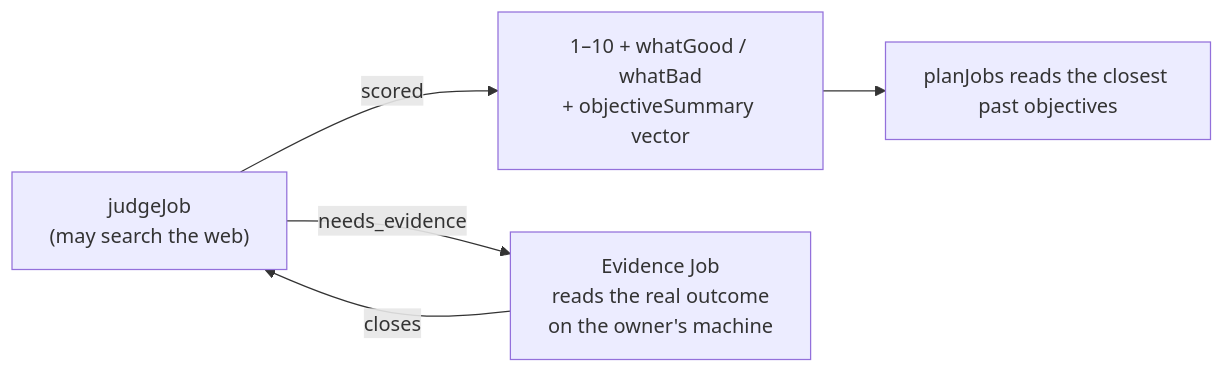
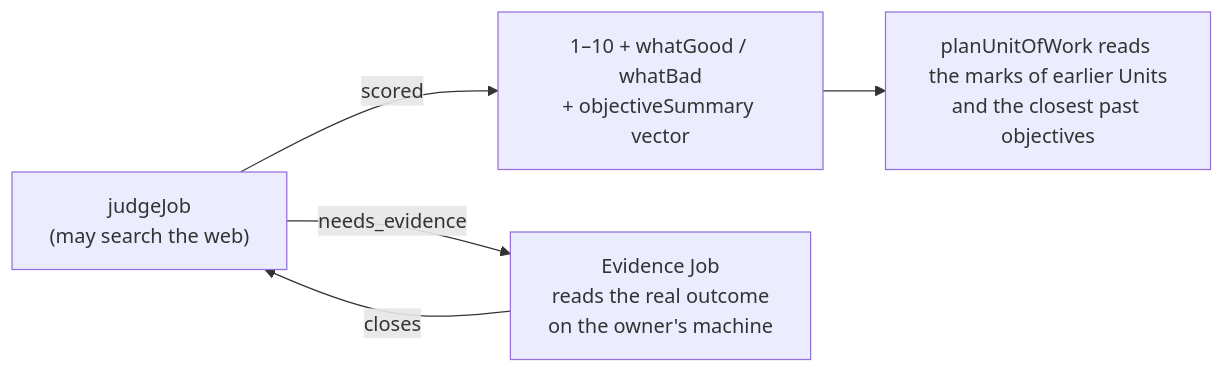
The third of 5 diagrams in packages/backend/src/reasoning/tech-spec.md (BaraaSoft/agentcores), drawn with Mermaid before and after one commit. The commit also changed other lines of this file and 69 other files, not shown here.

````diff
--- a/packages/backend/src/reasoning/tech-spec.md
+++ b/packages/backend/src/reasoning/tech-spec.md
@@ -220,7 +218,7 @@
 ```mermaid
 flowchart LR
-    Judge["judgeJob<br/>(may search the web)"] -->|scored| Store["1–10 + whatGood / whatBad<br/>+ objectiveSummary vector"]
-    Judge -->|needs_evidence| Errand["Evidence Job<br/>reads the real outcome<br/>on the owner's machine"]
-    Errand -->|closes| Judge
-    Store --> Planner["planJobs reads the closest past objectives"]
+    Evaluate["judgeJob<br/>(may search the web)"] -->|scored| Store["1–10 + whatGood / whatBad<br/>+ objectiveSummary vector"]
+    Evaluate -->|needs_evidence| Errand["Evidence Job<br/>reads the real outcome<br/>on the owner's machine"]
+    Errand -->|closes| Evaluate
+    Store --> Planner["planUnitOfWork reads the marks of earlier Units<br/>and the closest past objectives"]
 ```
````
